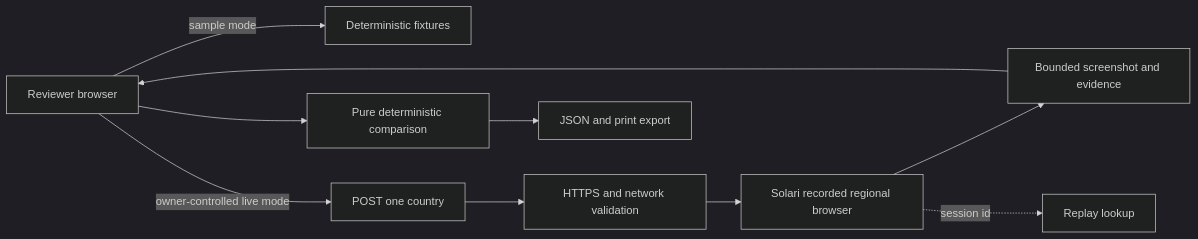
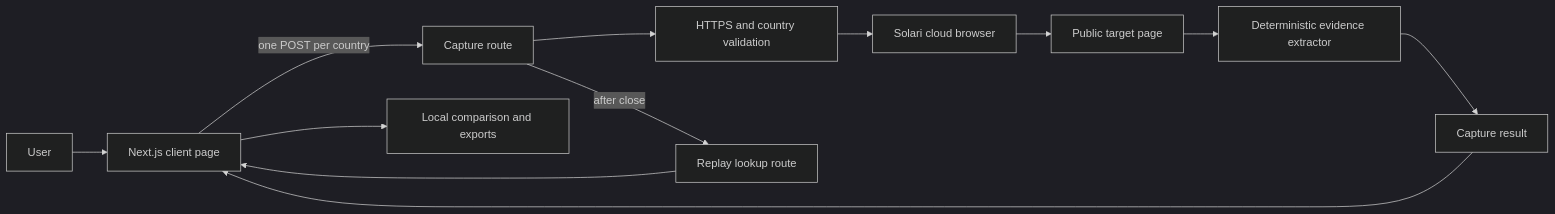
Before and after one commit to Billy-I/solari-cookbook: the diagram in examples/localelens-web/README.md, drawn with Mermaid (dark theme). The commit also changed other lines of this file, not shown here.

Commit message:
docs: correct LocaleLens reviewer setup

````diff
--- a/examples/localelens-web/README.md
+++ b/examples/localelens-web/README.md
@@ -48,12 +48,14 @@
 ```mermaid
 flowchart LR
-  U[Reviewer browser] -->|sample mode| F[Deterministic fixtures]
-  U -->|owner-controlled live mode| R[POST one country]
-  R --> V[HTTPS and network validation]
-  V --> S[Solari recorded regional browser]
-  S --> E[Bounded screenshot and evidence]
-  E --> U
-  U --> D[Pure deterministic comparison]
-  D --> X[JSON and print export]
-  S -. session id .-> P[Replay lookup]
+    U[User] --> F[Next.js client page]
+    F -->|one POST per country| R[Capture route]
+    R --> V[HTTPS and country validation]
+    V --> S[Solari cloud browser]
+    S --> P[Public target page]
+    P --> E[Deterministic evidence extractor]
+    E --> C[Capture result]
+    C --> F
+    F --> D[Local comparison and exports]
+    R -->|after close| Q[Replay lookup route]
+    Q --> F
 ```
````
